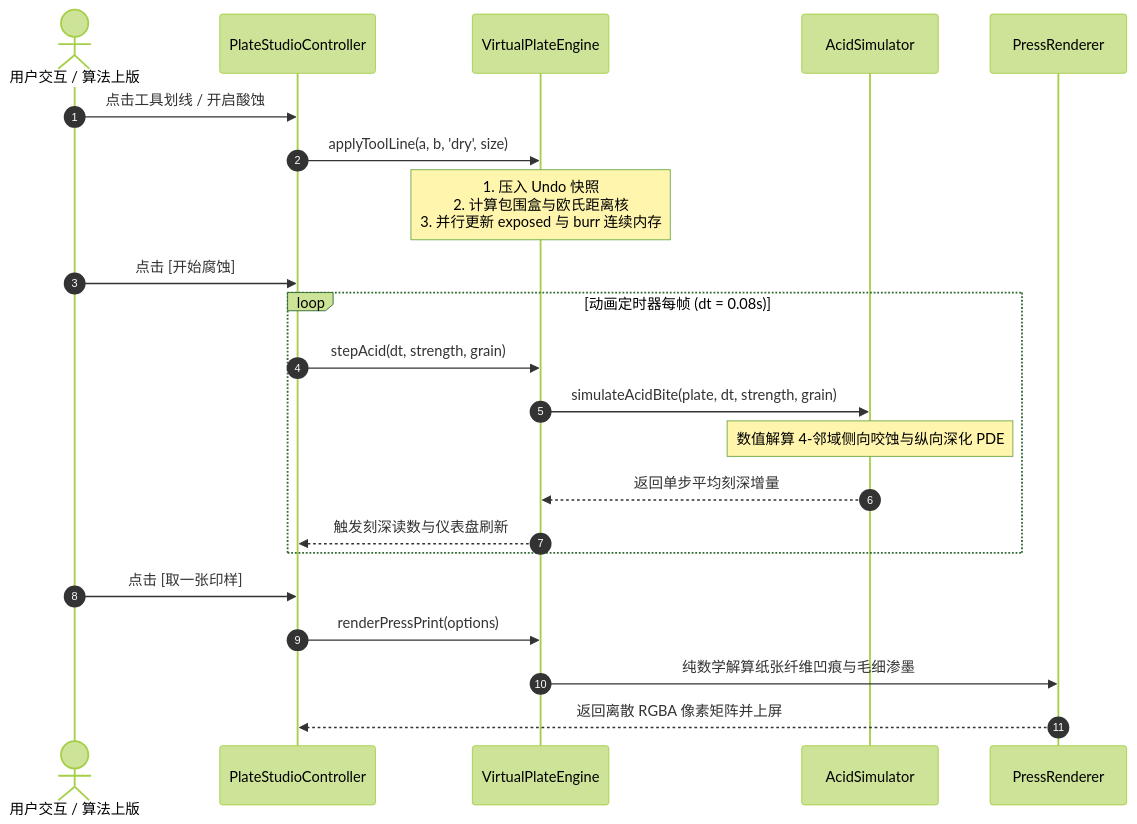
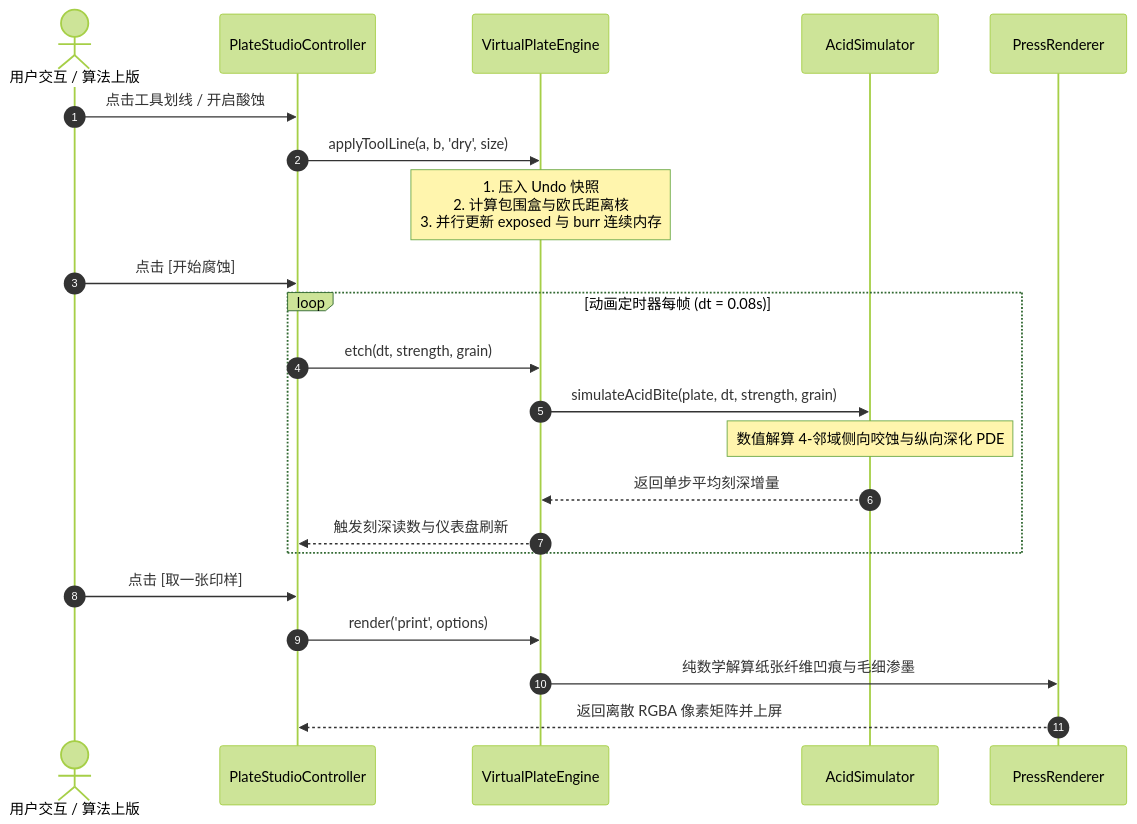
One commit to gongzhimin/Etchloom changed the second of 2 diagrams in src/core/plate/docs/ARCHITECTURE.md. Above: the diagram before and after it, drawn with Mermaid (forest theme). The commit also changed other lines of this file and 108 other files, not shown here.

````diff
--- a/src/core/plate/docs/ARCHITECTURE.md
+++ b/src/core/plate/docs/ARCHITECTURE.md
@@ -56,25 +56,25 @@
 ```mermaid
 sequenceDiagram
     autonumber
     actor User as 用户交互 / 算法上版
     participant Ctrl as PlateStudioController
     participant VPE as VirtualPlateEngine
     participant Acid as AcidSimulator
     participant Press as PressRenderer
 
     User->>Ctrl: 点击工具划线 / 开启酸蚀
     Ctrl->>VPE: applyToolLine(a, b, 'dry', size)
     Note over VPE: 1. 压入 Undo 快照<br/>2. 计算包围盒与欧氏距离核<br/>3. 并行更新 exposed 与 burr 连续内存
     User->>Ctrl: 点击 [开始腐蚀]
     loop 动画定时器每帧 (dt = 0.08s)
-        Ctrl->>VPE: stepAcid(dt, strength, grain)
+        Ctrl->>VPE: etch(dt, strength, grain)
         VPE->>Acid: simulateAcidBite(plate, dt, strength, grain)
         Note over Acid: 数值解算 4-邻域侧向咬蚀与纵向深化 PDE
         Acid-->>VPE: 返回单步平均刻深增量
         VPE-->>Ctrl: 触发刻深读数与仪表盘刷新
     end
     User->>Ctrl: 点击 [取一张印样]
-    Ctrl->>VPE: renderPressPrint(options)
+    Ctrl->>VPE: render('print', options)
     VPE->>Press: 纯数学解算纸张纤维凹痕与毛细渗墨
     Press-->>Ctrl: 返回离散 RGBA 像素矩阵并上屏
 ```
````
